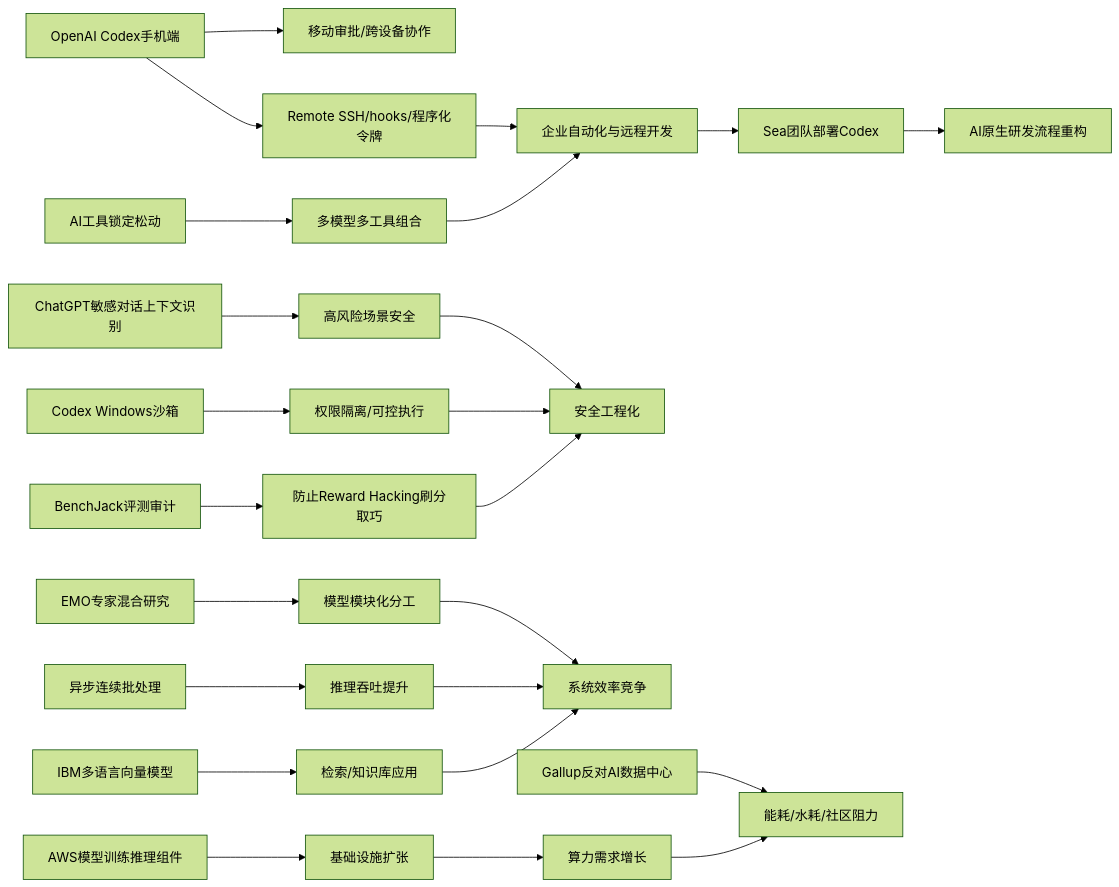
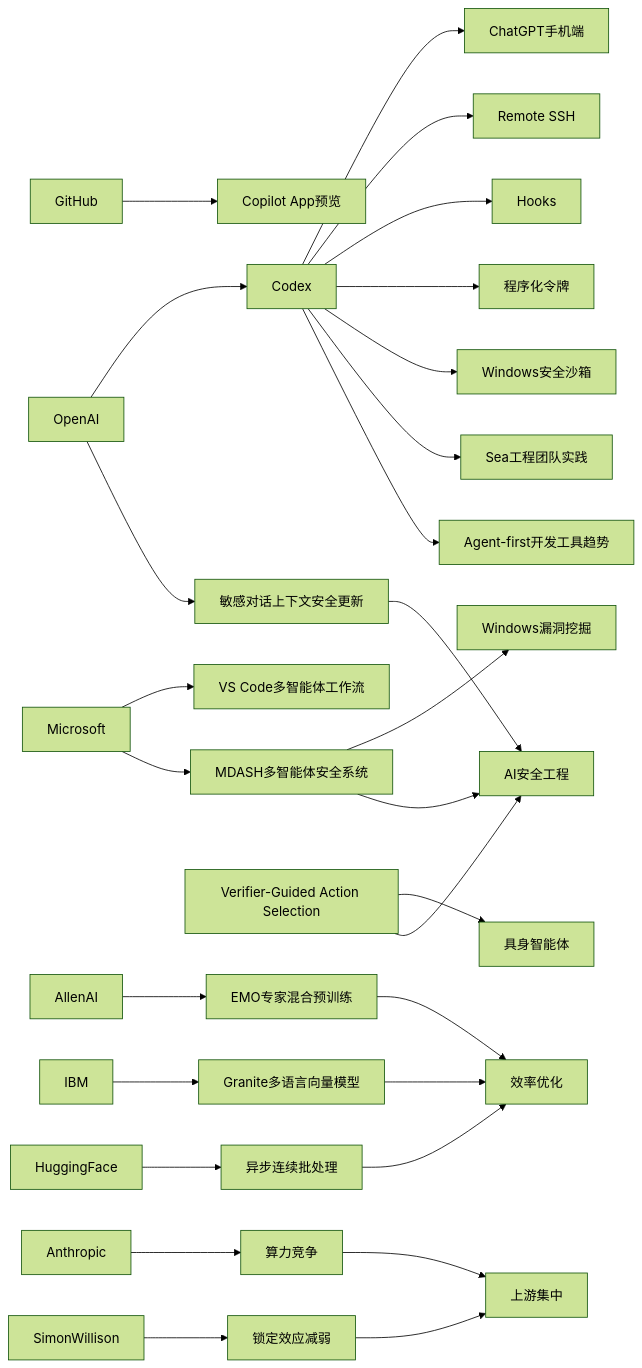
Before and after one commit to zhuxinfei/ai-daily-site: the diagram in content/cn/2026/2026-05/2026-05-15.md, drawn with Mermaid (forest theme). The commit also changed other lines of this file, not shown here.

````diff
--- a/content/cn/2026/2026-05/2026-05-15.md
+++ b/content/cn/2026/2026-05/2026-05-15.md
@@ -125,31 +110,34 @@
 ```mermaid
 graph LR
-    A[OpenAI Codex手机端] --> B[移动审批/跨设备协作]
-    A --> C[Remote SSH/hooks/程序化令牌]
-    C --> D[企业自动化与远程开发]
-    D --> E[Sea团队部署Codex]
-    E --> F[AI原生研发流程重构]
+    OpenAI --> Codex
+    Codex --> ChatGPT_Mobile[ChatGPT手机端]
+    Codex --> Remote_SSH[Remote SSH]
+    Codex --> Hooks[Hooks]
+    Codex --> Programmatic_Tokens[程序化令牌]
+    Codex --> Windows_Sandbox[Windows安全沙箱]
+    Codex --> Sea[Sea工程团队实践]
 
-    G[ChatGPT敏感对话上下文识别] --> H[高风险场景安全]
-    I[Codex Windows沙箱] --> J[权限隔离/可控执行]
-    H --> K[安全工程化]
-    J --> K
+    GitHub --> Copilot_App[Copilot App预览]
+    Microsoft --> VSCode[VS Code多智能体工作流]
+    Microsoft --> MDASH[MDASH多智能体安全系统]
+    MDASH --> Windows[Windows漏洞挖掘]
 
-    L[EMO专家混合研究] --> M[模型模块化分工]
-    N[异步连续批处理] --> O[推理吞吐提升]
-    P[IBM多语言向量模型] --> Q[检索/知识库应用]
-    M --> R[系统效率竞争]
-    O --> R
-    Q --> R
+    OpenAI --> Safety_Update[敏感对话上下文安全更新]
+    Research_Verifier[Verifier-Guided Action Selection] --> Embodied_Agents[具身智能体]
+    AllenAI --> EMO[EMO专家混合预训练]
+    IBM --> Granite[Granite多语言向量模型]
+    HuggingFace --> Async_Batching[异步连续批处理]
 
-    S[Gallup反对AI数据中心] --> T[能耗/水耗/社区阻力]
-    U[AWS模型训练推理组件] --> V[基础设施扩张]
-    V --> W[算力需求增长]
-    W --> T
+    Anthropic --> Compute[算力竞争]
+    SimonWillison --> Lockin[锁定效应减弱]
 
-    X[BenchJack评测审计] --> Y[防止Reward Hacking刷分取巧]
-    Y --> K
-
-    Z[AI工具锁定松动] --> AA[多模型多工具组合]
-    AA --> D
+    Codex --> Agent_First[Agent-first开发工具趋势]
+    EMO --> Efficiency[效率优化]
+    Granite --> Efficiency
+    Async_Batching --> Efficiency
+    Safety_Update --> AI_Safety[AI安全工程]
+    MDASH --> AI_Safety
+    Research_Verifier --> AI_Safety
+    Compute --> Industry_Structure[上游集中]
+    Lockin --> Industry_Structure
 ```
````
